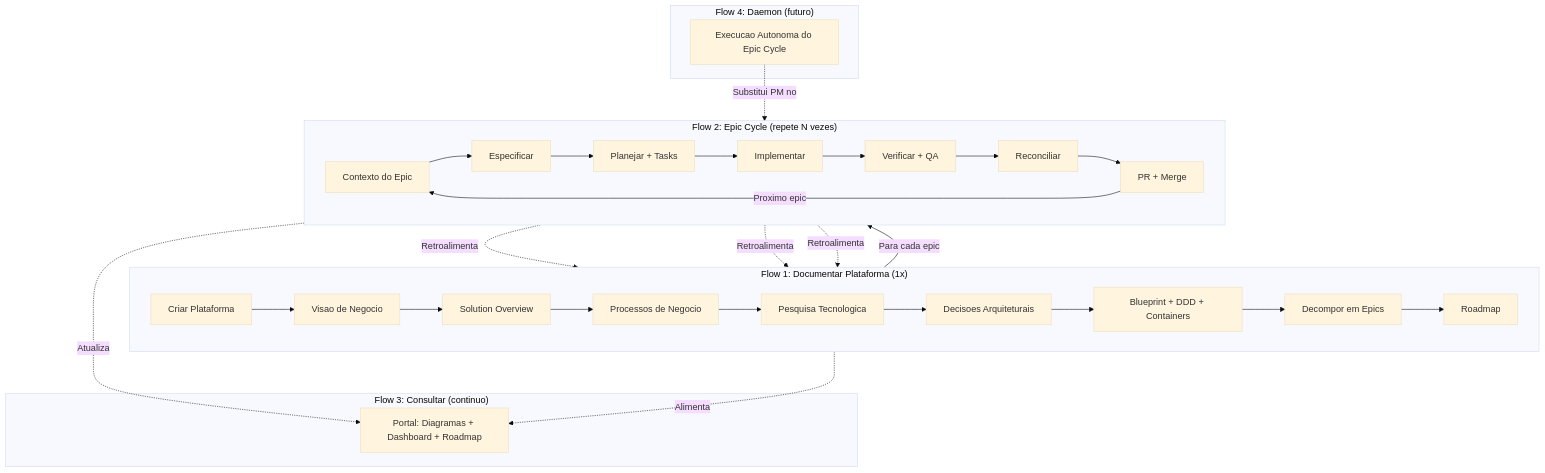
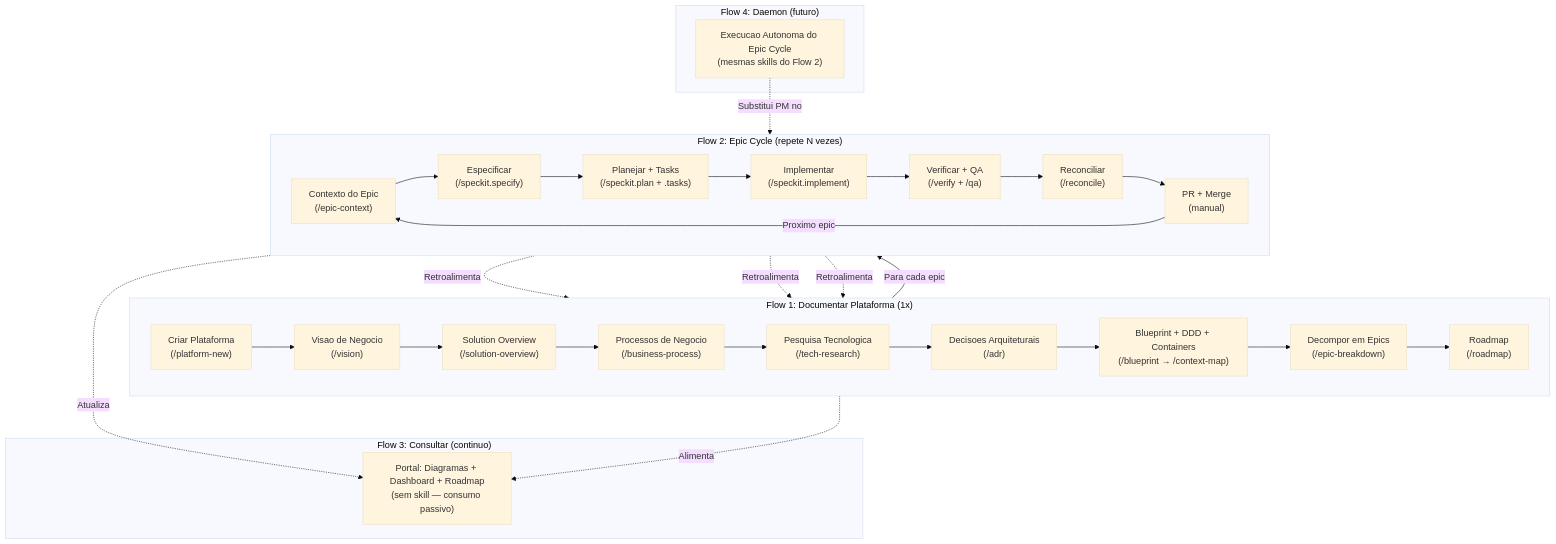
The first of 9 diagrams in platforms/madruga-ai/business/process.md (paceautomations/madruga.ai), drawn with Mermaid (base theme) before and after one commit. The commit also changed other lines of this file and 16 other files, not shown here.

First line of the commit message:
feat: enrich pipeline metadata — skill annotations, epic frontmatter, completed_at timestamps

````diff
--- a/platforms/madruga-ai/business/process.md
+++ b/platforms/madruga-ai/business/process.md
@@ -15,43 +15,43 @@
 ```mermaid
 flowchart TB
     subgraph F1["Flow 1: Documentar Plataforma (1x)"]
         direction LR
-        F1A[Criar Plataforma] --> F1B[Visao de Negocio]
-        F1B --> F1C[Solution Overview]
-        F1C --> F1D[Processos de Negocio]
-        F1D --> F1E[Pesquisa Tecnologica]
-        F1E --> F1F[Decisoes Arquiteturais]
-        F1F --> F1G[Blueprint + DDD + Containers]
-        F1G --> F1H[Decompor em Epics]
-        F1H --> F1I[Roadmap]
+        F1A["Criar Plataforma\n(/platform-new)"] --> F1B["Visao de Negocio\n(/vision)"]
+        F1B --> F1C["Solution Overview\n(/solution-overview)"]
+        F1C --> F1D["Processos de Negocio\n(/business-process)"]
+        F1D --> F1E["Pesquisa Tecnologica\n(/tech-research)"]
+        F1E --> F1F["Decisoes Arquiteturais\n(/adr)"]
+        F1F --> F1G["Blueprint + DDD + Containers\n(/blueprint → /context-map)"]
+        F1G --> F1H["Decompor em Epics\n(/epic-breakdown)"]
+        F1H --> F1I["Roadmap\n(/roadmap)"]
     end
 
     subgraph F2["Flow 2: Epic Cycle (repete N vezes)"]
         direction LR
-        F2A[Contexto do Epic] --> F2B[Especificar]
-        F2B --> F2C[Planejar + Tasks]
-        F2C --> F2D[Implementar]
-        F2D --> F2E[Verificar + QA]
-        F2E --> F2F[Reconciliar]
-        F2F --> F2G[PR + Merge]
+        F2A["Contexto do Epic\n(/epic-context)"] --> F2B["Especificar\n(/speckit.specify)"]
+        F2B --> F2C["Planejar + Tasks\n(/speckit.plan + .tasks)"]
+        F2C --> F2D["Implementar\n(/speckit.implement)"]
+        F2D --> F2E["Verificar + QA\n(/verify + /qa)"]
+        F2E --> F2F["Reconciliar\n(/reconcile)"]
+        F2F --> F2G["PR + Merge\n(manual)"]
     end
 
     subgraph F3["Flow 3: Consultar (continuo)"]
-        F3A[Portal: Diagramas + Dashboard + Roadmap]
+        F3A["Portal: Diagramas + Dashboard + Roadmap\n(sem skill — consumo passivo)"]
     end
 
     subgraph F4["Flow 4: Daemon (futuro)"]
-        F4A[Execucao Autonoma do Epic Cycle]
+        F4A["Execucao Autonoma do Epic Cycle\n(mesmas skills do Flow 2)"]
     end
 
     F1I -->|"Para cada epic"| F2A
     F2G -->|"Proximo epic"| F2A
     F2F -.->|"Retroalimenta"| F1B
     F2F -.->|"Retroalimenta"| F1F
     F2F -.->|"Retroalimenta"| F1G
 
     F1 -.->|"Alimenta"| F3A
     F2 -.->|"Atualiza"| F3A
 
     F4A -.->|"Substitui PM no"| F2
 ```
````
